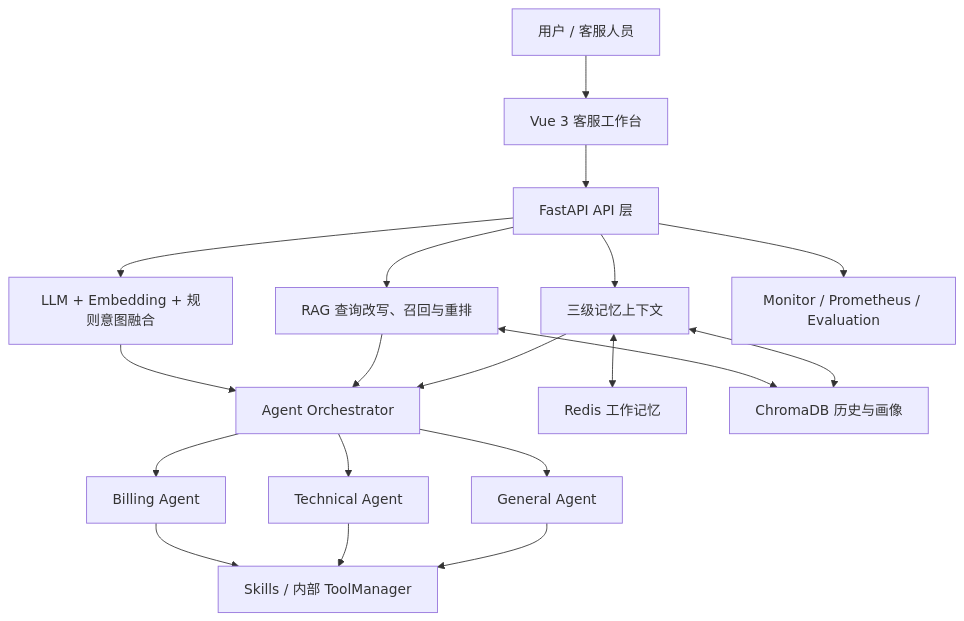
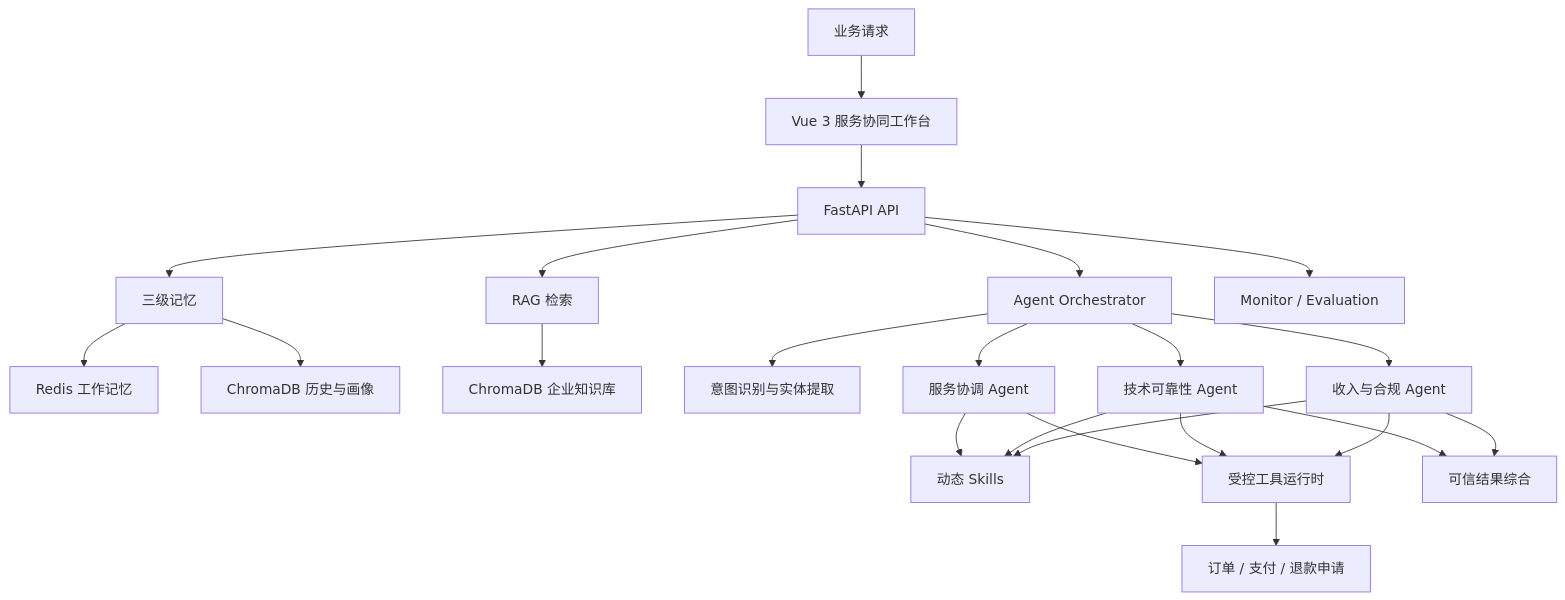
Before and after one commit to mhn0207/curly-octo-giggle: the diagram in README.md, drawn with Mermaid. The commit also changed other lines of this file and 26 other files, not shown here.

````diff
--- a/README.md
+++ b/README.md
@@ -25,24 +29,31 @@
 ```mermaid
 flowchart TB
-    U["用户 / 客服人员"] --> FE["Vue 3 客服工作台"]
-    FE --> API["FastAPI API 层"]
+    U["业务请求"] --> FE["Vue 3 服务协同工作台"]
+    FE --> API["FastAPI API"]
 
-    API --> MEM["三级记忆上下文"]
-    API --> RAG["RAG 查询改写、召回与重排"]
-    API --> INTENT["LLM + Embedding + 规则意图融合"]
-    MEM --> ORCH["Agent Orchestrator"]
-    RAG --> ORCH
-    INTENT --> ORCH
+    API --> MEM["三级记忆"]
+    MEM --> REDIS["Redis 工作记忆"]
+    MEM --> CHROMA1["ChromaDB 历史与画像"]
 
-    ORCH --> GENERAL["General Agent"]
-    ORCH --> TECH["Technical Agent"]
-    ORCH --> BILLING["Billing Agent"]
-    GENERAL --> SKILLS["Skills / 内部 ToolManager"]
+    API --> RAG["RAG 检索"]
+    RAG --> CHROMA2["ChromaDB 企业知识库"]
+
+    API --> ORCH["Agent Orchestrator"]
+    ORCH --> INTENT["意图识别与实体提取"]
+    ORCH --> GENERAL["服务协调 Agent"]
+    ORCH --> TECH["技术可靠性 Agent"]
+    ORCH --> BILLING["收入与合规 Agent"]
+
+    GENERAL --> SKILLS["动态 Skills"]
     TECH --> SKILLS
     BILLING --> SKILLS
 
-    MEM <--> REDIS["Redis 工作记忆"]
-    MEM <--> CHROMA["ChromaDB 历史与画像"]
-    RAG <--> CHROMA
-    API --> OBS["Monitor / Prometheus / Evaluation"]
+    GENERAL --> TOOLS["受控工具运行时"]
+    TECH --> TOOLS
+    BILLING --> TOOLS
+    TOOLS --> BIZ["订单 / 支付 / 退款申请"]
+
+    TECH --> SYN["可信结果综合"]
+    BILLING --> SYN
+    API --> OBS["Monitor / Evaluation"]
 ```
````
